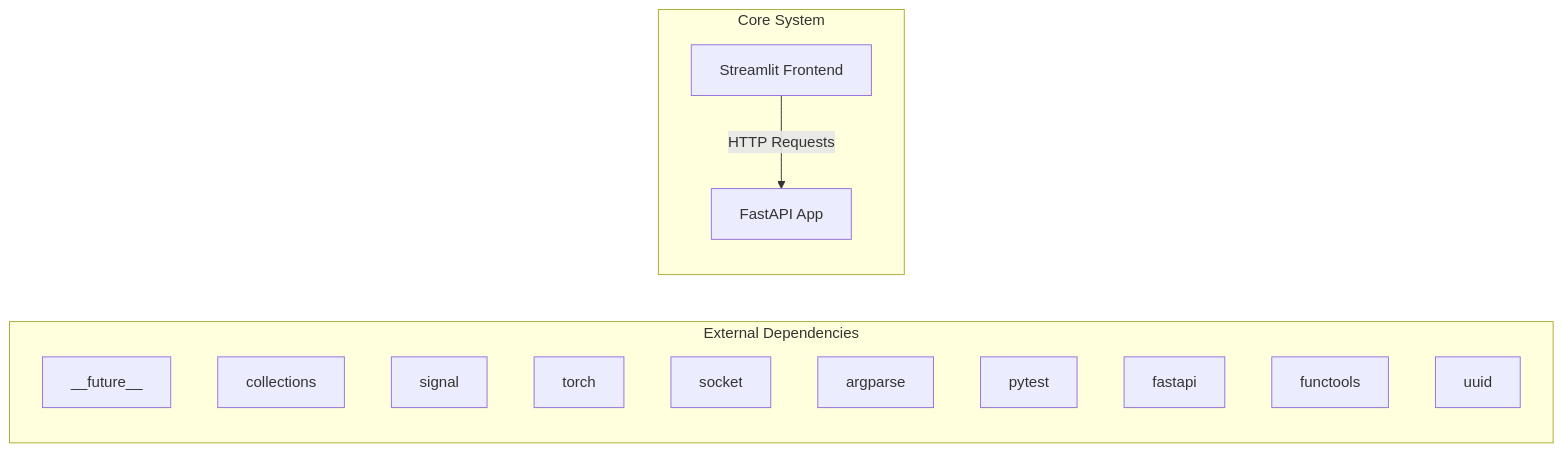
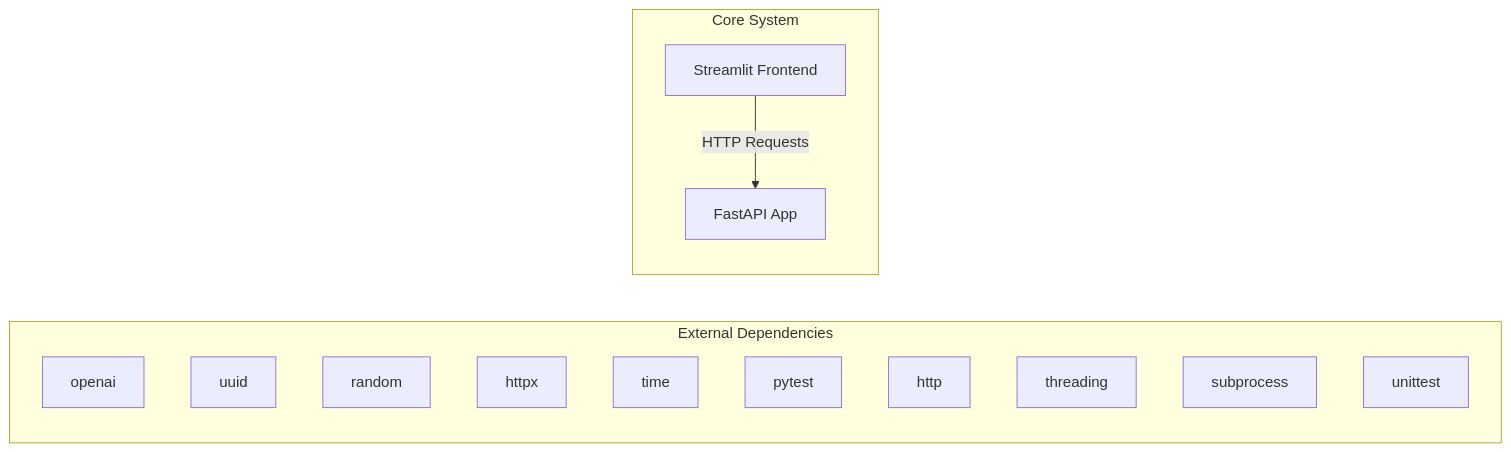
The first of 2 diagrams in docs/architecture.md (NITISH-R-G/rag-context-optimizer), drawn with Mermaid before and after one commit. The commit also changed 1 other file, not shown here.

Commit message:
docs: auto-update repository knowledge, architecture diagrams, and documentation

````diff
--- a/docs/architecture.md
+++ b/docs/architecture.md
@@ -7,20 +7,20 @@
 ```mermaid
 graph LR
     subgraph External Dependencies
-        E0["__future__"]
-        E1["collections"]
-        E2["signal"]
-        E3["torch"]
-        E4["socket"]
-        E5["argparse"]
-        E6["pytest"]
-        E7["fastapi"]
-        E8["functools"]
-        E9["uuid"]
+        E0["openai"]
+        E1["uuid"]
+        E2["random"]
+        E3["httpx"]
+        E4["time"]
+        E5["pytest"]
+        E6["http"]
+        E7["threading"]
+        E8["subprocess"]
+        E9["unittest"]
     end
     subgraph Core System
         API["FastAPI App"]
         UI["Streamlit Frontend"]
     end
     UI -->|HTTP Requests| API
 ```
````
